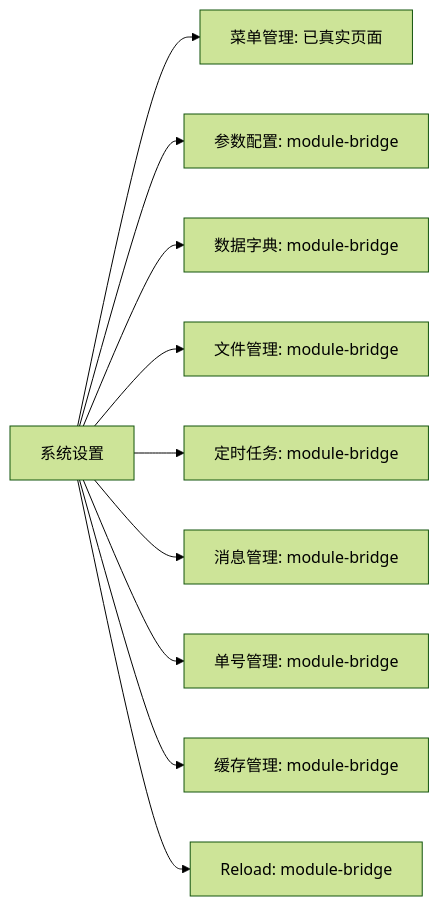
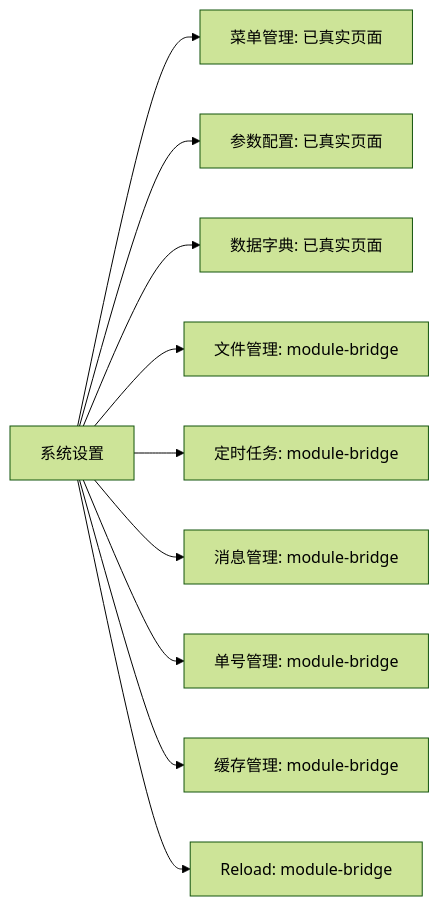
Before and after one commit to TDXM1001/hunyuan-pro: the second of 12 diagrams in docs/superpowers/specs/2026-07-04-system-settings-integration-design.md, drawn with Mermaid (forest theme). The commit also changed other lines of this file, not shown here.

````diff
--- a/docs/superpowers/specs/2026-07-04-system-settings-integration-design.md
+++ b/docs/superpowers/specs/2026-07-04-system-settings-integration-design.md
@@ -148,12 +158,12 @@
 ```mermaid
 flowchart LR
   A["系统设置"] --> B["菜单管理: 已真实页面"]
-  A --> C["参数配置: module-bridge"]
-  A --> D["数据字典: module-bridge"]
+  A --> C["参数配置: 已真实页面"]
+  A --> D["数据字典: 已真实页面"]
   A --> E["文件管理: module-bridge"]
   A --> F["定时任务: module-bridge"]
   A --> G["消息管理: module-bridge"]
   A --> H["单号管理: module-bridge"]
   A --> I["缓存管理: module-bridge"]
   A --> J["Reload: module-bridge"]
 ```
````
